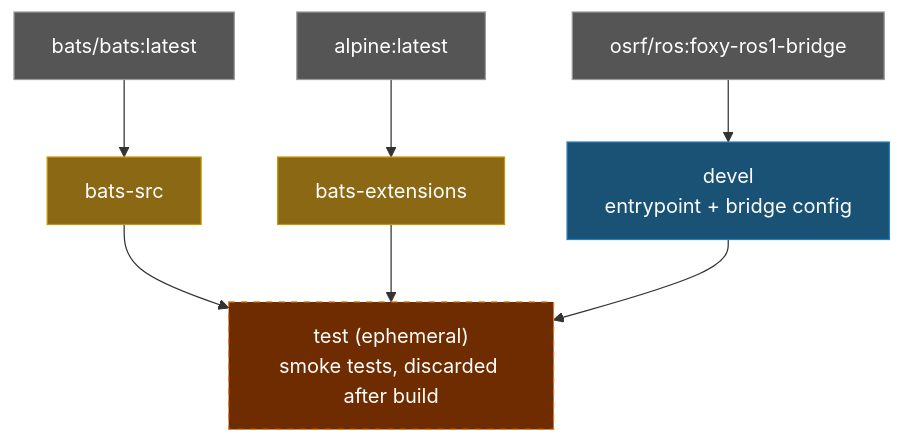
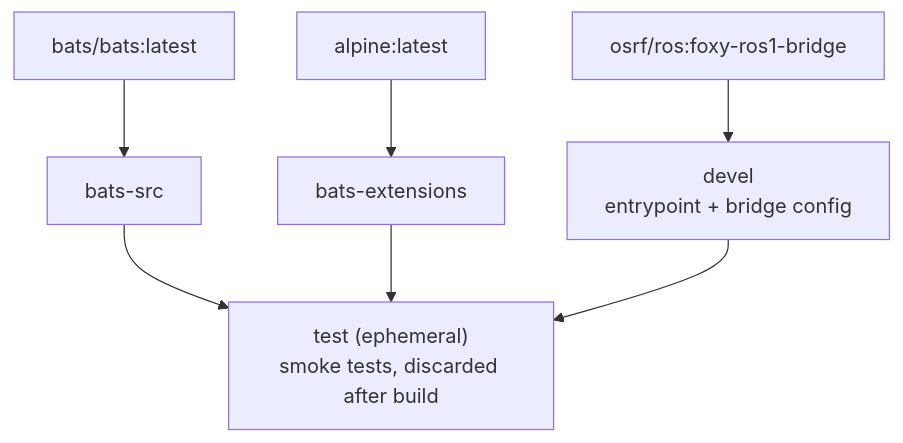
Before and after one commit to ycpss91255-docker/ros1_bridge: the diagram in README.md, drawn with Mermaid. The commit also changed 3 other files, not shown here.

Commit message:
docs: remove mermaid background colors from architecture diagrams

````diff
--- a/README.md
+++ b/README.md
@@ -99,20 +99,16 @@
 ```mermaid
 graph TD
-    EXT1["bats/bats:latest"]:::external
-    EXT2["alpine:latest"]:::external
-    EXT3["osrf/ros:foxy-ros1-bridge"]:::external
+    EXT1["bats/bats:latest"]
+    EXT2["alpine:latest"]
+    EXT3["osrf/ros:foxy-ros1-bridge"]
 
-    EXT1 --> bats-src["bats-src"]:::tool
-    EXT2 --> bats-ext["bats-extensions"]:::tool
+    EXT1 --> bats-src["bats-src"]
+    EXT2 --> bats-ext["bats-extensions"]
 
-    EXT3 --> devel["devel\nentrypoint + bridge config"]:::stage
+    EXT3 --> devel["devel\nentrypoint + bridge config"]
 
-    bats-src --> test["test (ephemeral)\nsmoke tests, discarded after build"]:::ephemeral
+    bats-src --> test["test (ephemeral)\nsmoke tests, discarded after build"]
     bats-ext --> test
     devel --> test
 
-    classDef external fill:#555,color:#fff,stroke:#999
-    classDef tool fill:#8B6914,color:#fff,stroke:#c8960c
-    classDef stage fill:#1a5276,color:#fff,stroke:#2980b9
-    classDef ephemeral fill:#6e2c00,color:#fff,stroke:#e67e22,stroke-dasharray:5 5
 ```
````
